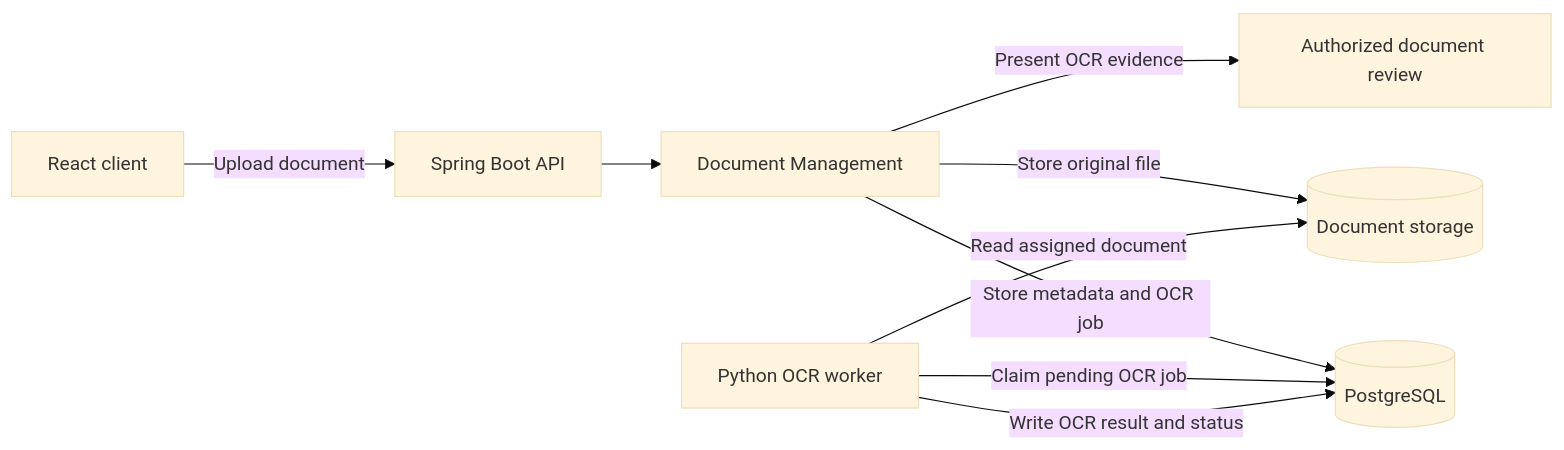
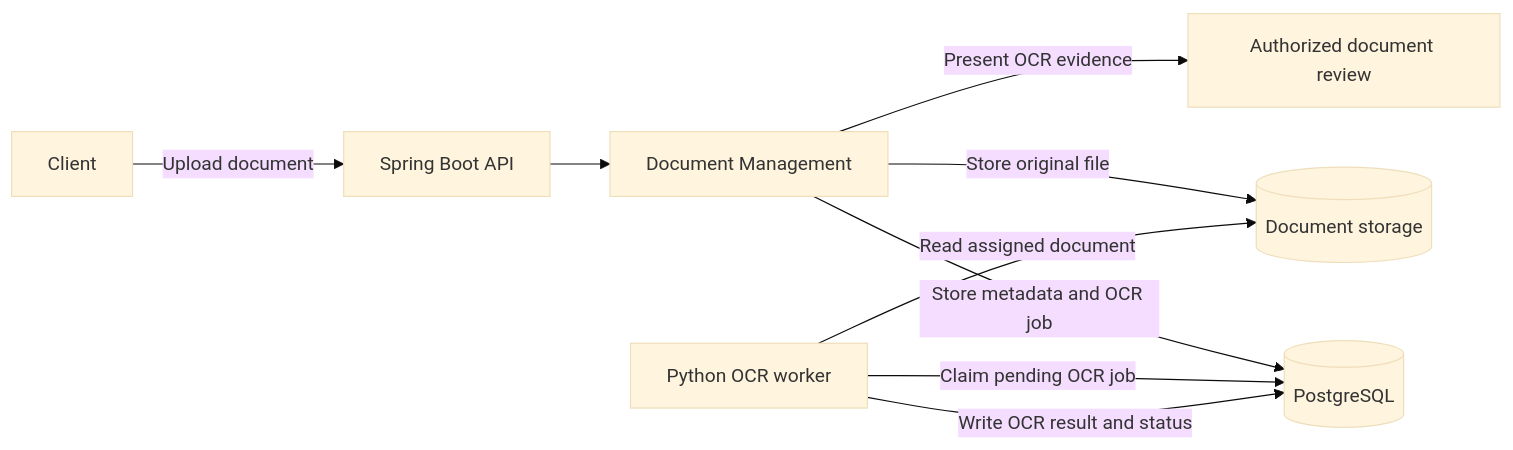
The first of 2 diagrams in docs/architecture/MER-ARCH-005-ocr-architecture.md (dongduy-dev/meridian-finance), drawn with Mermaid (base theme) before and after one commit. The commit also changed other lines of this file and 11 other files, not shown here.

````diff
--- a/docs/architecture/MER-ARCH-005-ocr-architecture.md
+++ b/docs/architecture/MER-ARCH-005-ocr-architecture.md
@@ -81,19 +81,19 @@
 ```mermaid
 flowchart LR
-    Client[React client]
+    Client[Client]
     API[Spring Boot API]
     Document[Document Management]
     DB[(PostgreSQL)]
     Storage[(Document storage)]
     OCR[Python OCR worker]
     Review[Authorized document review]
 
     Client -->|Upload document| API
     API --> Document
     Document -->|Store metadata and OCR job| DB
     Document -->|Store original file| Storage
     OCR -->|Claim pending OCR job| DB
     OCR -->|Read assigned document| Storage
     OCR -->|Write OCR result and status| DB
     Document -->|Present OCR evidence| Review
 ```
````
